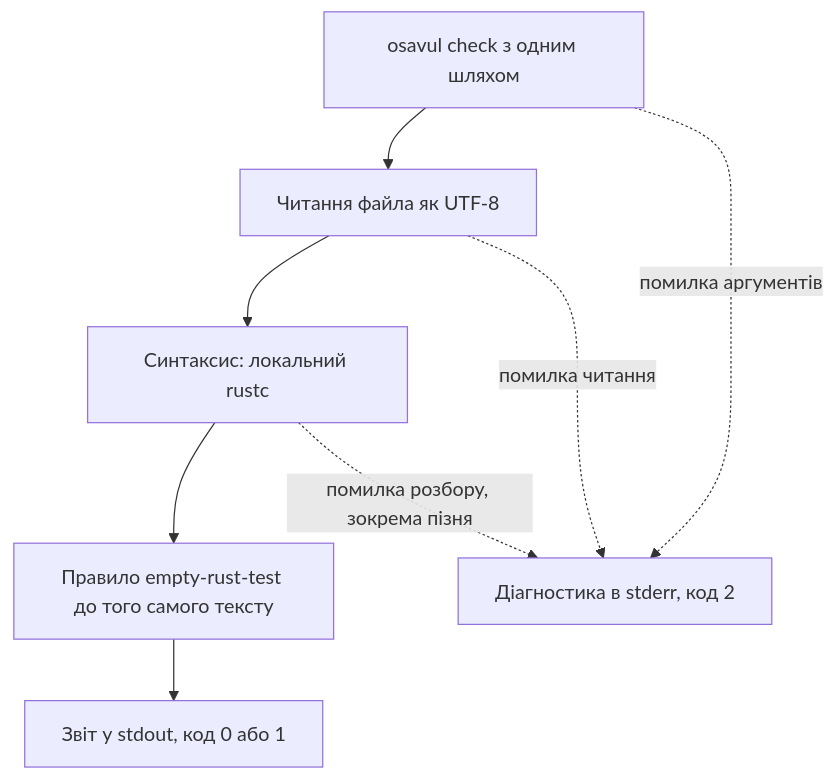
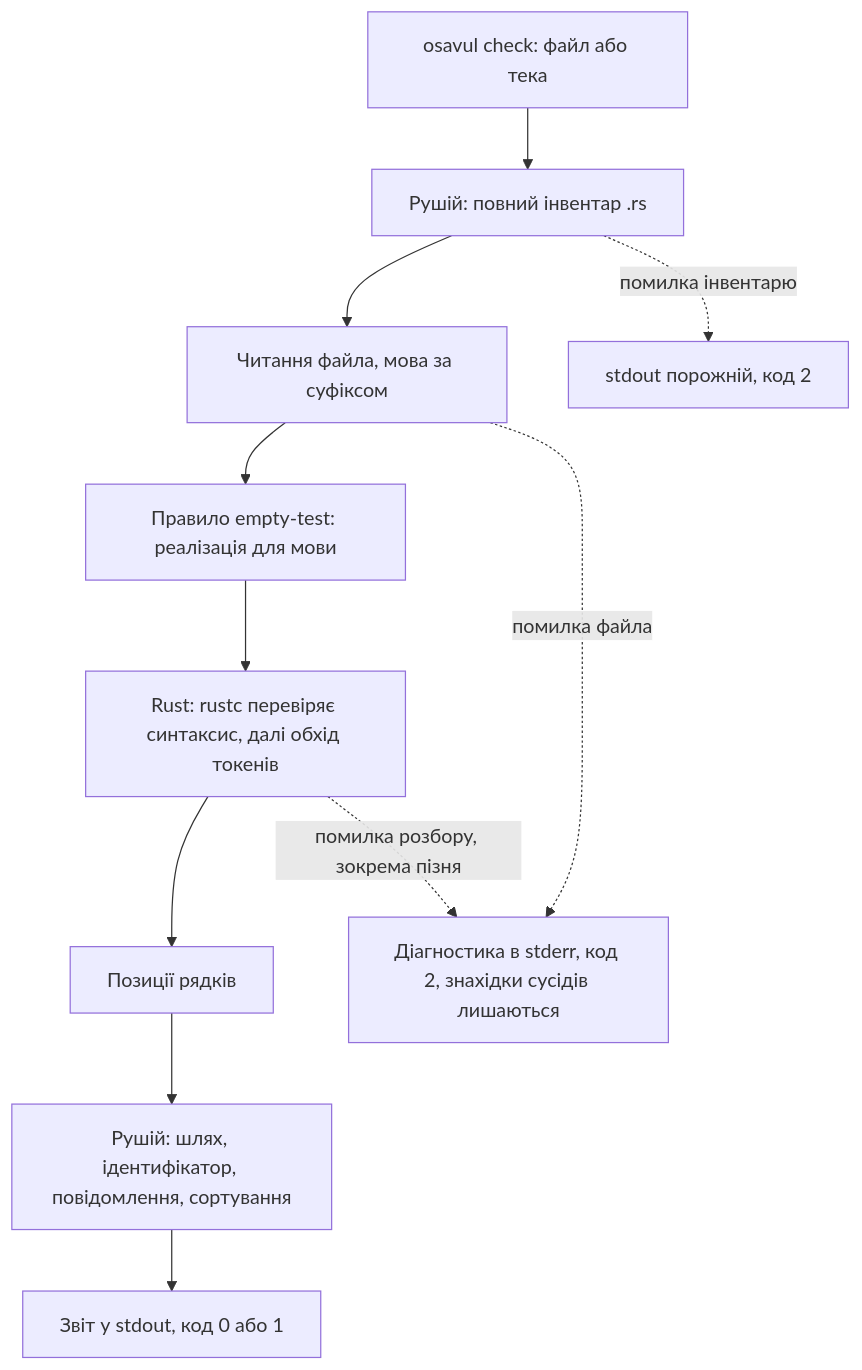
One commit to maksym-shpak/osavul changed the first of 2 diagrams in docs/architecture/overview.md. Above: the diagram before and after it, drawn with Mermaid. The commit also changed other lines of this file and 10 other files, not shown here.

First line of the commit message:
feat(check): run empty-test through shared engine for Rust

````diff
--- a/docs/architecture/overview.md
+++ b/docs/architecture/overview.md
@@ -3,10 +3,13 @@
 ```mermaid
 flowchart TD
-  CMD["osavul check з одним шляхом"] --> READ["Читання файла як UTF-8"]
-  READ --> SYN["Синтаксис: локальний rustc"]
-  SYN --> RULE["Правило empty-rust-test до того самого тексту"]
-  RULE --> OUT["Звіт у stdout, код 0 або 1"]
-  CMD -. помилка аргументів .-> ERR
-  READ -. помилка читання .-> ERR
-  SYN -. помилка розбору, зокрема пізня .-> ERR["Діагностика в stderr, код 2"]
+  CMD["osavul check: файл або тека"] --> INV["Рушій: повний інвентар .rs"]
+  INV --> READ["Читання файла, мова за суфіксом"]
+  READ --> RULE["Правило empty-test: реалізація для мови"]
+  RULE --> SYN["Rust: rustc перевіряє синтаксис, далі обхід токенів"]
+  SYN --> POS["Позиції рядків"]
+  POS --> ENG["Рушій: шлях, ідентифікатор, повідомлення, сортування"]
+  ENG --> OUT["Звіт у stdout, код 0 або 1"]
+  INV -. помилка інвентарю .-> FATAL["stdout порожній, код 2"]
+  READ -. помилка файла .-> FILEERR["Діагностика в stderr, код 2, знахідки сусідів лишаються"]
+  SYN -. помилка розбору, зокрема пізня .-> FILEERR
 ```
````
